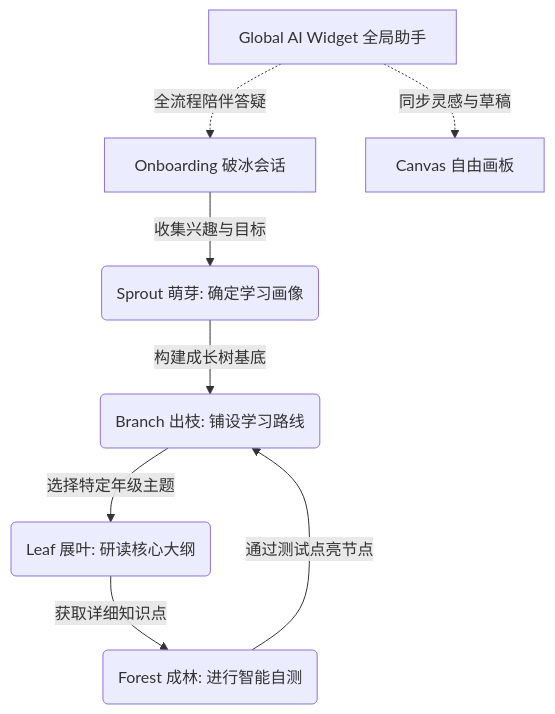
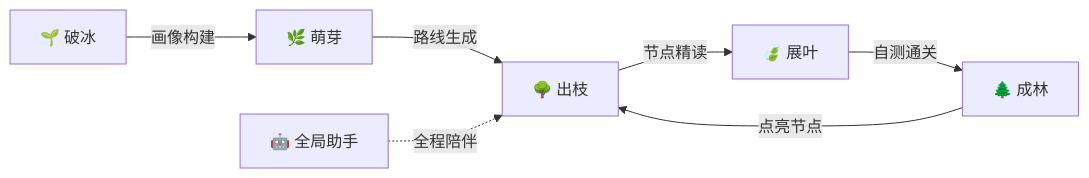
The diagram in README.md (innovationpuls-creator/mutiagent), drawn with Mermaid before and after one commit. The commit also changed other lines of this file and 3 other files, not shown here.

````diff
--- a/README.md
+++ b/README.md
@@ -28,11 +85,9 @@
 ```mermaid
-graph TD
-    A[Onboarding 破冰会话] -->|收集兴趣与目标| B(Sprout 萌芽: 确定学习画像)
-    B -->|构建成长树基底| C(Branch 出枝: 铺设学习路线)
-    C -->|选择特定年级主题| D(Leaf 展叶: 研读核心大纲)
-    D -->|获取详细知识点| E(Forest 成林: 进行智能自测)
-    E -->|通过测试点亮节点| C
-
-    F[Global AI Widget 全局助手] -.->|全流程陪伴答疑| A
-    F -.->|同步灵感与草稿| G[Canvas 自由画板]
+graph LR
+    A[🌱 破冰] -->|画像构建| B[🌿 萌芽]
+    B -->|路线生成| C[🌳 出枝]
+    C -->|节点精读| D[🍃 展叶]
+    D -->|自测通关| E[🌲 成林]
+    E -->|点亮节点| C
+    F[🤖 全局助手] -.->|全程陪伴| C
 ```
````
